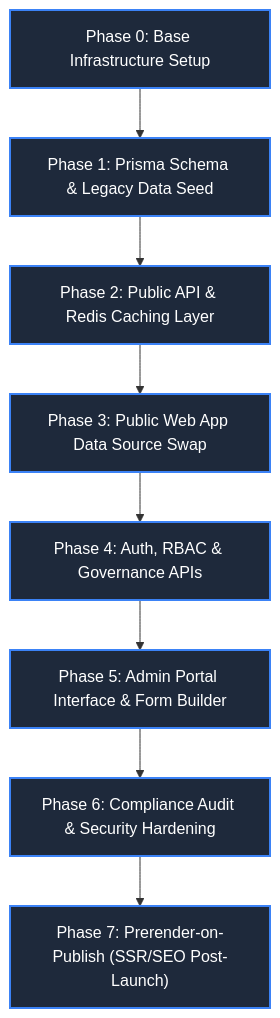
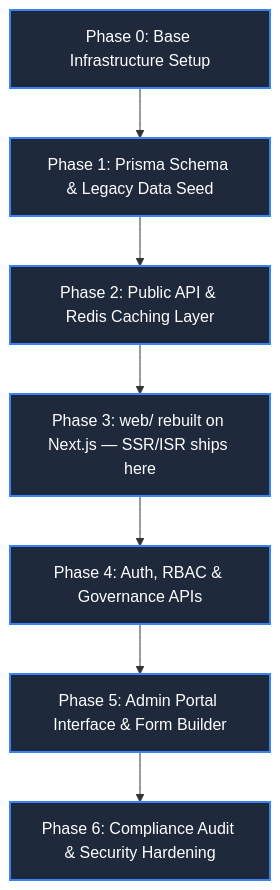
One commit to Prathmesh2602/MahaPrisons changed the first of 2 diagrams in docs/CMS-IMPLEMENTATION-PLAN.md. Above: the diagram before and after it, drawn with Mermaid. The commit also changed other lines of this file and 1 other file, not shown here.

Commit message:
refactor: migrate public web app from Vite SPA to Next.js 15 with ISR and on-demand revalidation

````diff
--- a/docs/CMS-IMPLEMENTATION-PLAN.md
+++ b/docs/CMS-IMPLEMENTATION-PLAN.md
@@ -21,13 +21,12 @@
 ```mermaid
 graph TD
     P0["Phase 0: Base Infrastructure Setup"] --> P1["Phase 1: Prisma Schema & Legacy Data Seed"]
     P1 --> P2["Phase 2: Public API & Redis Caching Layer"]
-    P2 --> P3["Phase 3: Public Web App Data Source Swap"]
+    P2 --> P3["Phase 3: web/ rebuilt on Next.js — SSR/ISR ships here"]
     P3 --> P4["Phase 4: Auth, RBAC & Governance APIs"]
     P4 --> P5["Phase 5: Admin Portal Interface & Form Builder"]
     P5 --> P6["Phase 6: Compliance Audit & Security Hardening"]
-    P6 --> P7["Phase 7: Prerender-on-Publish (SSR/SEO Post-Launch)"]
 
     classDef phaseStyle fill:#1e293b,stroke:#3b82f6,stroke-width:2px,color:#fff;
-    class P0,P1,P2,P3,P4,P5,P6,P7 phaseStyle;
+    class P0,P1,P2,P3,P4,P5,P6 phaseStyle;
 ```
````
